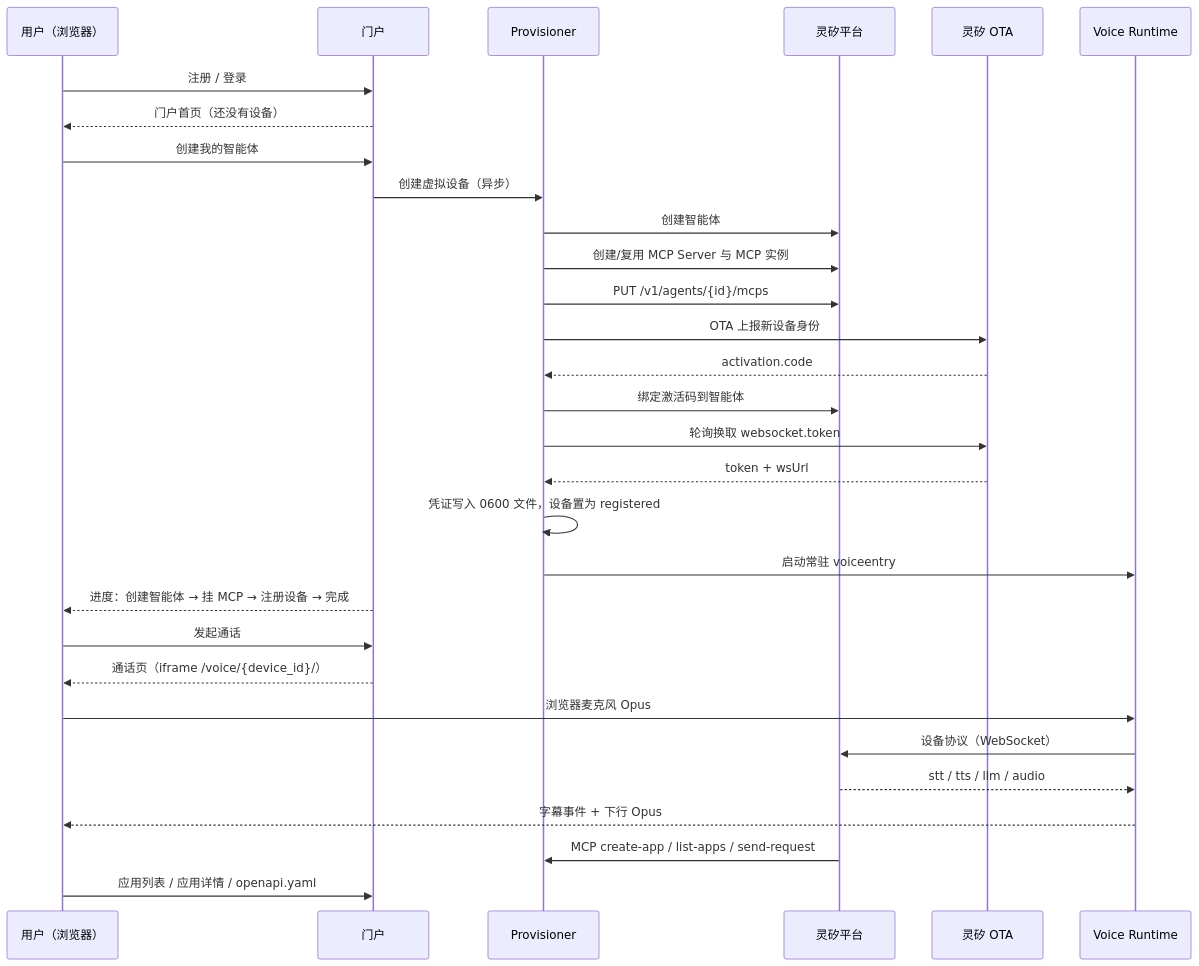
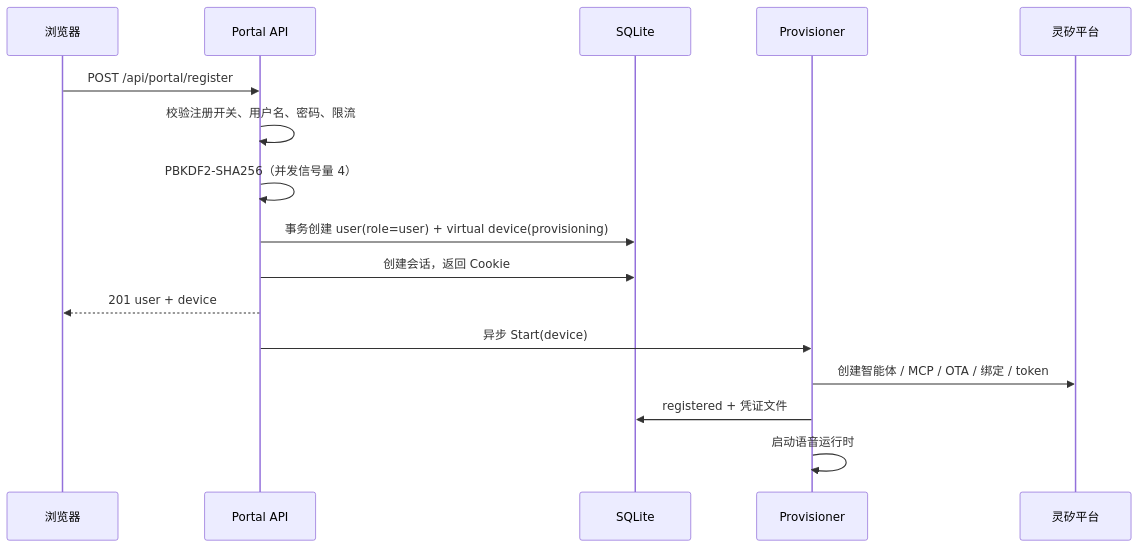
Before and after one commit to open-anywhere/open-anywhere: the diagram in docs/user-portal.md, drawn with Mermaid. The commit also changed other lines of this file and 129 other files, not shown here.

````diff
--- a/docs/user-portal.md
+++ b/docs/user-portal.md
@@ -50,33 +69,19 @@
 ```mermaid
 sequenceDiagram
-  participant U as 用户（浏览器）
-  participant P as 门户
-  participant G as Provisioner
+  participant U as 浏览器
+  participant P as Portal API
+  participant DB as SQLite
+  participant V as Provisioner
   participant L as 灵矽平台
-  participant O as 灵矽 OTA
-  participant V as Voice Runtime
 
-  U->>P: 注册 / 登录
-  P-->>U: 门户首页（还没有设备）
-  U->>P: 创建我的智能体
-  P->>G: 创建虚拟设备（异步）
-  G->>L: 创建智能体
-  G->>L: 创建/复用 MCP Server 与 MCP 实例
-  G->>L: PUT /v1/agents/{id}/mcps
-  G->>O: OTA 上报新设备身份
-  O-->>G: activation.code
-  G->>L: 绑定激活码到智能体
-  G->>O: 轮询换取 websocket.token
-  O-->>G: token + wsUrl
-  G->>G: 凭证写入 0600 文件，设备置为 registered
-  G->>V: 启动常驻 voiceentry
-  P-->>U: 进度：创建智能体 → 挂 MCP → 注册设备 → 完成
-  U->>P: 发起通话
-  P-->>U: 通话页（iframe /voice/{device_id}/）
-  U->>V: 浏览器麦克风 Opus
-  V->>L: 设备协议（WebSocket）
-  L-->>V: stt / tts / llm / audio
-  V-->>U: 字幕事件 + 下行 Opus
-  L->>G: MCP create-app / list-apps / send-request
-  U->>P: 应用列表 / 应用详情 / openapi.yaml
+  U->>P: POST /api/portal/register
+  P->>P: 校验注册开关、用户名、密码、限流
+  P->>P: PBKDF2-SHA256（并发信号量 4）
+  P->>DB: 事务创建 user(role=user) + virtual device(provisioning)
+  P->>DB: 创建会话，返回 Cookie
+  P-->>U: 201 user + device
+  P->>V: 异步 Start(device)
+  V->>L: 创建智能体 / MCP / OTA / 绑定 / token
+  V->>DB: registered + 凭证文件
+  V->>V: 启动语音运行时
 ```
````
